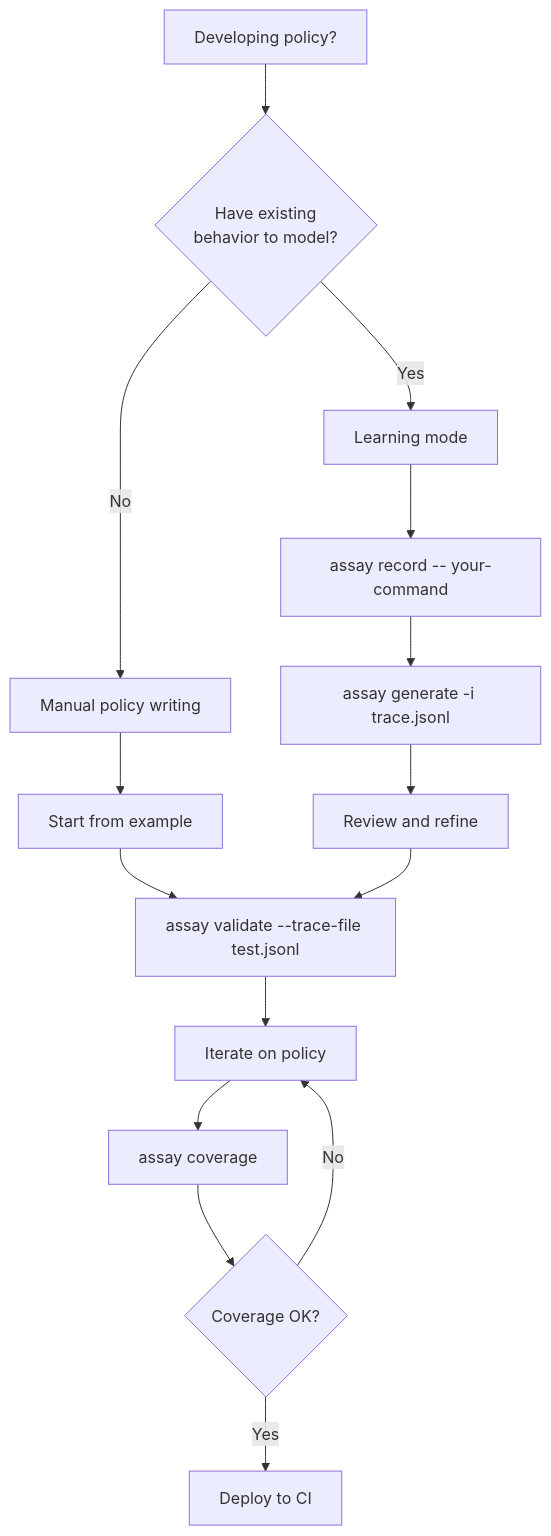
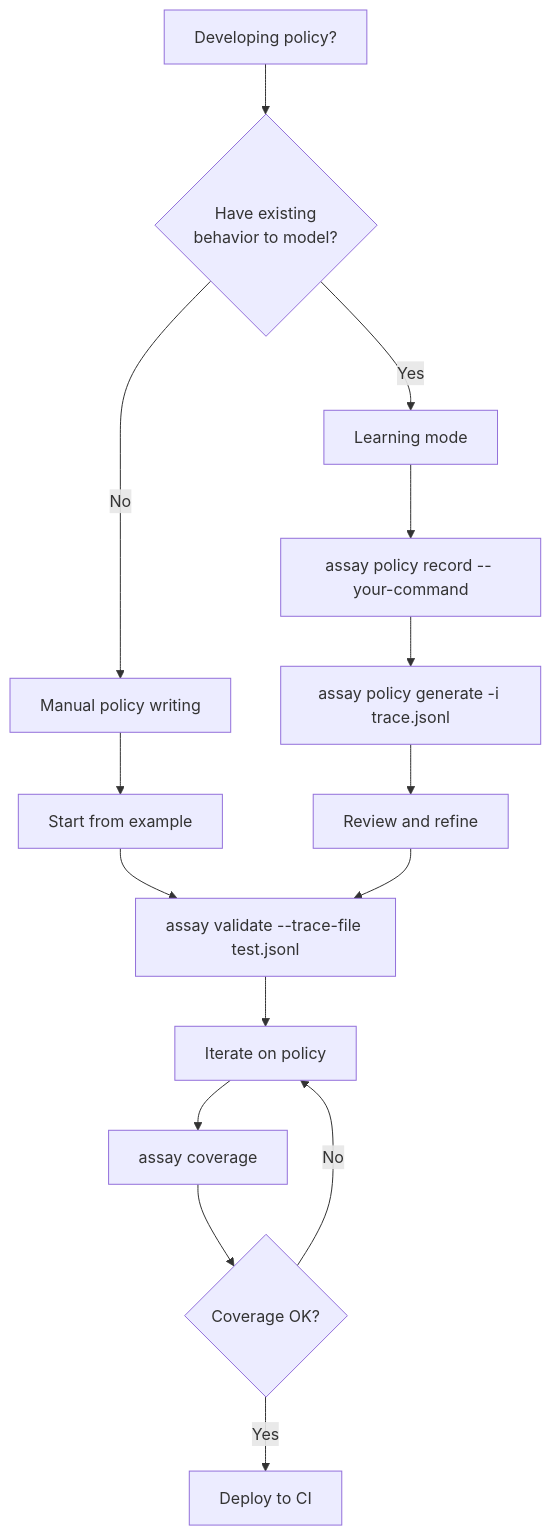
Before and after one commit to Rul1an/assay: the fourth of 7 diagrams in docs/AIcontext/decision-trees.md, drawn with Mermaid. The commit also changed other lines of this file and 19 other files, not shown here.

````diff
--- a/docs/AIcontext/decision-trees.md
+++ b/docs/AIcontext/decision-trees.md
@@ -87,20 +87,20 @@
 ```mermaid
 flowchart TD
     START[Developing policy?] --> EXISTING{Have existing<br/>behavior to model?}
 
     EXISTING -->|Yes| LEARNING[Learning mode]
-    LEARNING --> RECORD[assay record -- your-command]
-    RECORD --> GENERATE[assay generate -i trace.jsonl]
+    LEARNING --> RECORD[assay policy record -- your-command]
+    RECORD --> GENERATE[assay policy generate -i trace.jsonl]
     GENERATE --> REVIEW[Review and refine]
 
     EXISTING -->|No| MANUAL[Manual policy writing]
     MANUAL --> TEMPLATE[Start from example]
     TEMPLATE --> VALIDATE[assay validate --trace-file test.jsonl]
     VALIDATE --> ITERATE[Iterate on policy]
 
     REVIEW --> VALIDATE
     ITERATE --> COVERAGE[assay coverage]
     COVERAGE --> DONE{Coverage OK?}
     DONE -->|No| ITERATE
     DONE -->|Yes| DEPLOY[Deploy to CI]
 ```
````
